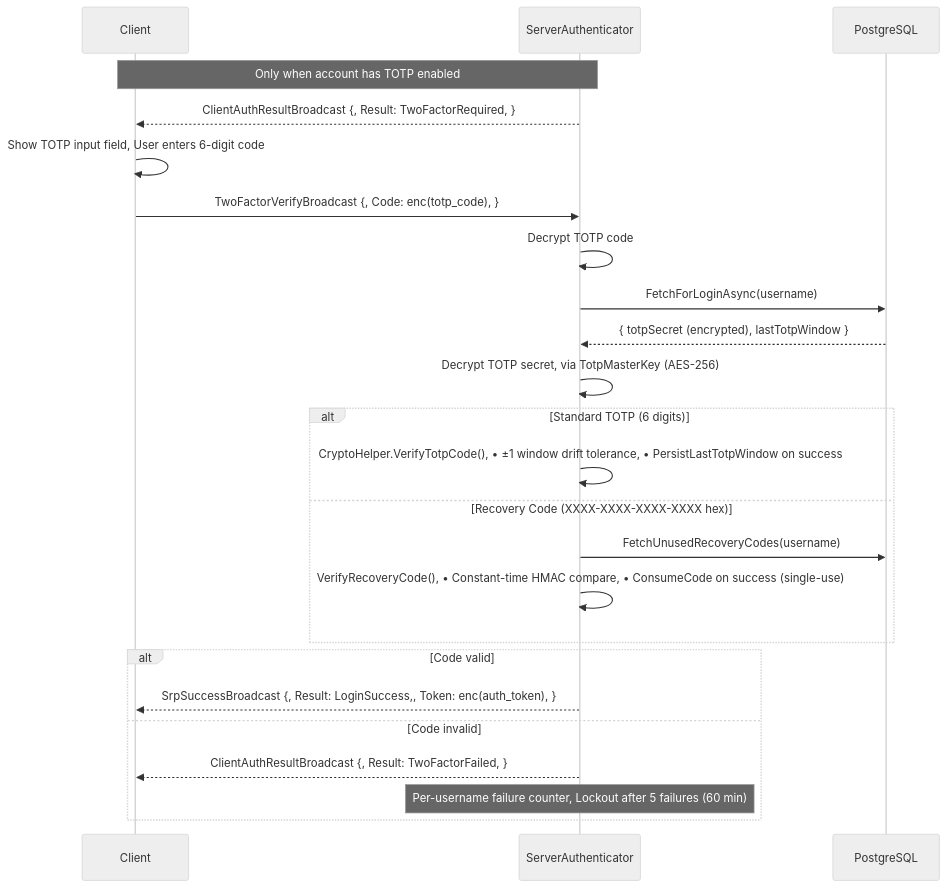
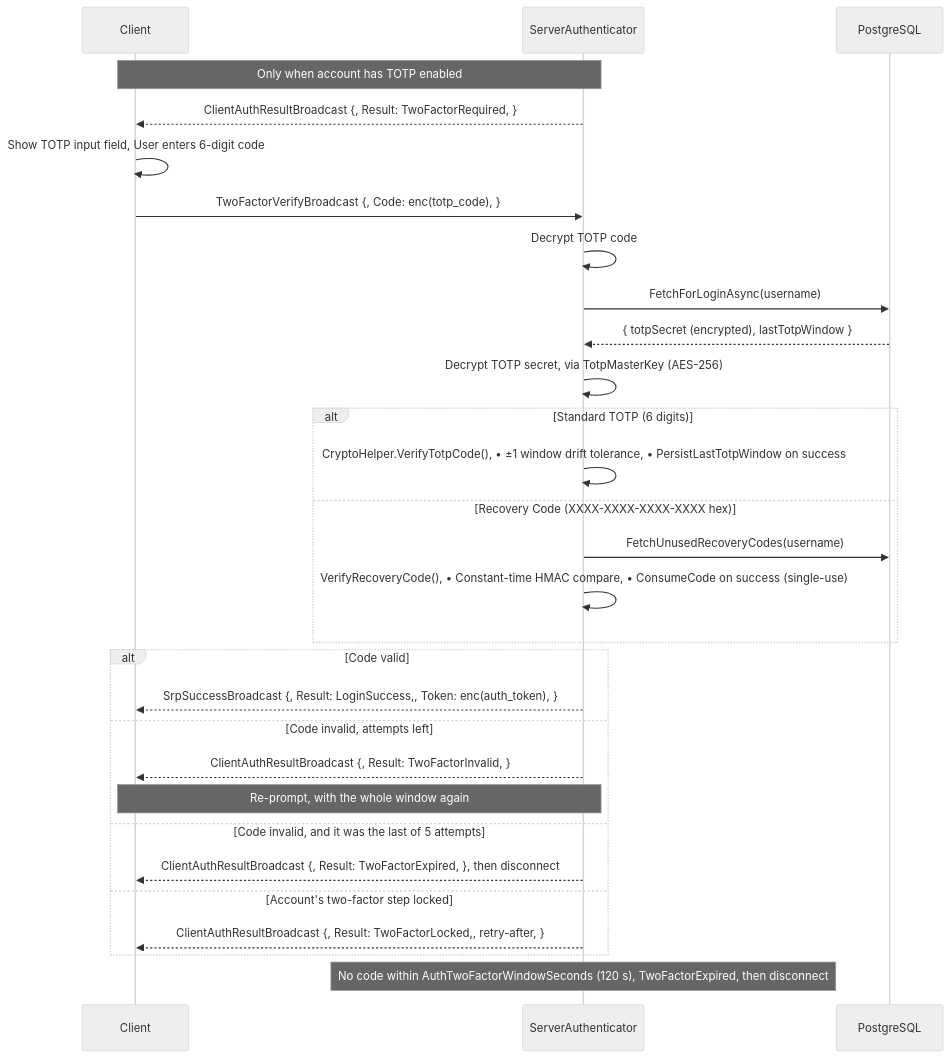
Before and after one commit to jimdroberts/FishMMO: the seventh of 14 diagrams in CONNECTION_PIPELINE.md, drawn with Mermaid (neutral theme). The commit also changed other lines of this file and 680 other files, not shown here.

````diff
--- a/CONNECTION_PIPELINE.md
+++ b/CONNECTION_PIPELINE.md
@@ -486,35 +499,41 @@
 ```mermaid
 sequenceDiagram
     participant Client as Client
     participant Server as ServerAuthenticator
     participant DB as PostgreSQL
 
     Note over Client,Server: Only when account has TOTP enabled
 
     Server-->>Client: ClientAuthResultBroadcast {,   Result: TwoFactorRequired, }
 
     Client->>Client: Show TOTP input field, User enters 6-digit code
 
     Client->>Server: TwoFactorVerifyBroadcast {,   Code: enc(totp_code), }
 
     Server->>Server: Decrypt TOTP code
 
     Server->>DB: FetchForLoginAsync(username)
     DB-->>Server: { totpSecret (encrypted), lastTotpWindow }
 
     Server->>Server: Decrypt TOTP secret, via TotpMasterKey (AES-256)
 
     alt Standard TOTP (6 digits)
         Server->>Server: CryptoHelper.VerifyTotpCode(), • ±1 window drift tolerance, • PersistLastTotpWindow on success
     else Recovery Code (XXXX-XXXX-XXXX-XXXX hex)
         Server->>DB: FetchUnusedRecoveryCodes(username)
         Server->>Server: VerifyRecoveryCode(), • Constant-time HMAC compare, • ConsumeCode on success (single-use)
     end
 
     alt Code valid
         Server-->>Client: SrpSuccessBroadcast {,   Result: LoginSuccess,,   Token: enc(auth_token), }
-    else Code invalid
-        Server-->>Client: ClientAuthResultBroadcast {,   Result: TwoFactorFailed, }
-        Note over Server: Per-username failure counter, Lockout after 5 failures (60 min)
+    else Code invalid, attempts left
+        Server-->>Client: ClientAuthResultBroadcast {,   Result: TwoFactorInvalid, }
+        Note over Client,Server: Re-prompt, with the whole window again
+    else Code invalid, and it was the last of 5 attempts
+        Server-->>Client: ClientAuthResultBroadcast {,   Result: TwoFactorExpired, }, then disconnect
+    else Account's two-factor step locked
+        Server-->>Client: ClientAuthResultBroadcast {,   Result: TwoFactorLocked,,   retry-after, }
     end
+
+    Note over Server: No code within AuthTwoFactorWindowSeconds (120 s), TwoFactorExpired, then disconnect
 ```
````
